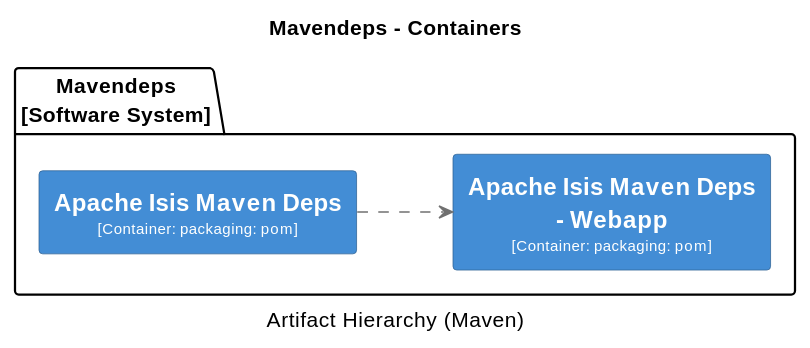
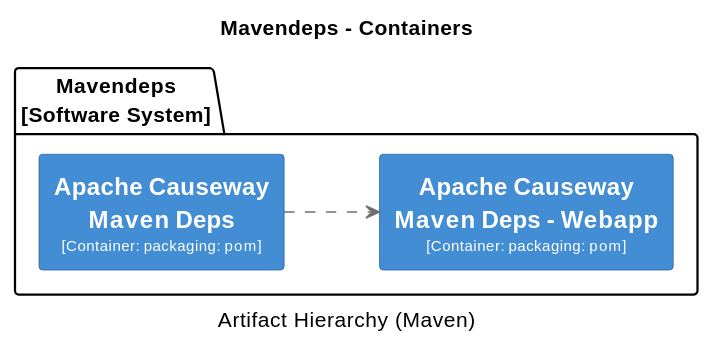
Before and after one commit to apache/causeway: the second of 32 diagrams in core/adoc/modules/_overview/pages/about.adoc, drawn with PlantUML. The commit also changed other lines of this file and 398 other files, not shown here.

```diff
--- a/core/adoc/modules/_overview/pages/about.adoc
+++ b/core/adoc/modules/_overview/pages/about.adoc
@@ -52,32 +52,32 @@
 [plantuml,Mavendeps,svg]
 ----
 @startuml(id=Mavendeps)
 title Mavendeps - Containers
 caption Artifact Hierarchy (Maven)
 
 skinparam {
   shadowing false
   arrowFontSize 10
   defaultTextAlignment center
   wrapWidth 200
   maxMessageSize 100
 }
 hide stereotype
 left to right direction
 skinparam rectangle<<2>> {
   BackgroundColor #438dd5
   FontColor #fffffe
   BorderColor #2E6295
 }
 skinparam rectangle<<3>> {
   BackgroundColor #438dd5
   FontColor #fffffe
   BorderColor #2E6295
 }
 package "Mavendeps\n[Software System]" {
-  rectangle "==Apache Isis Maven Deps\n<size:10>[Container: packaging: pom]</size>" <<2>> as 2
-  rectangle "==Apache Isis Maven Deps - Webapp\n<size:10>[Container: packaging: pom]</size>" <<3>> as 3
+  rectangle "==Apache Causeway Maven Deps\n<size:10>[Container: packaging: pom]</size>" <<2>> as 2
+  rectangle "==Apache Causeway Maven Deps - Webapp\n<size:10>[Container: packaging: pom]</size>" <<3>> as 3
 }
 2 .[#707070].> 3 : ""
 @enduml
 ----
```
